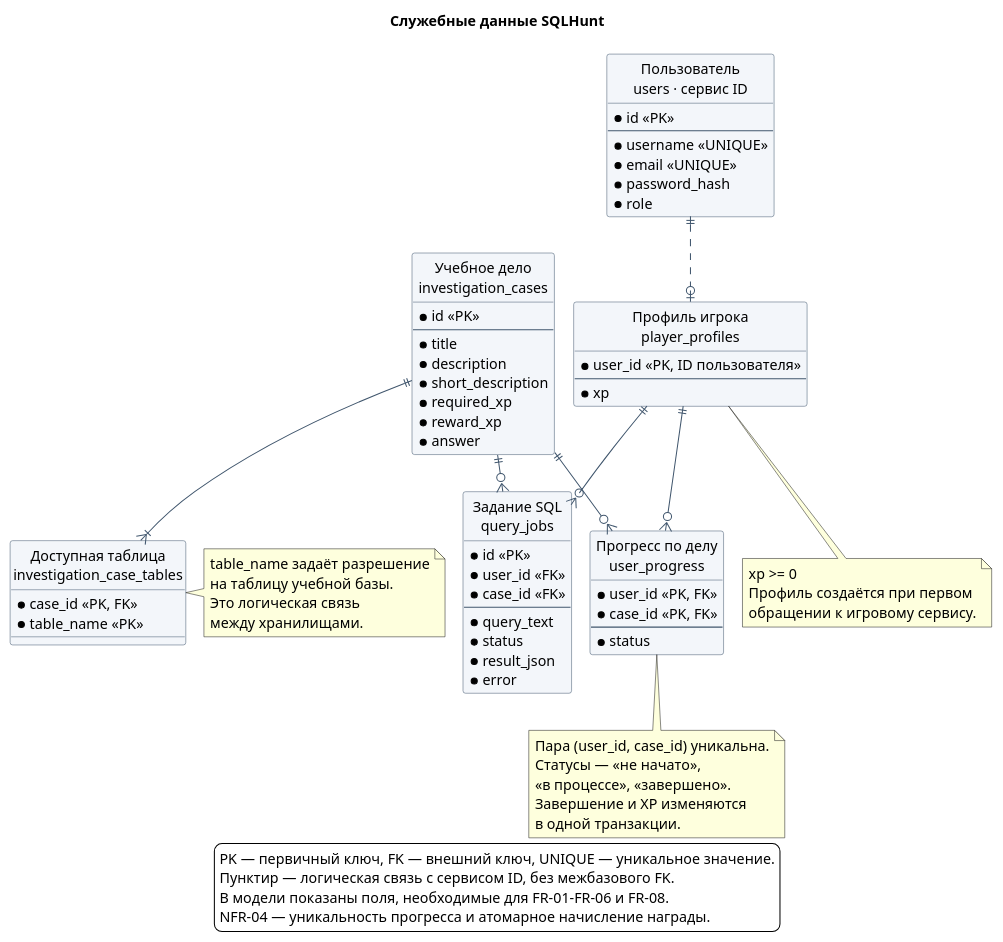
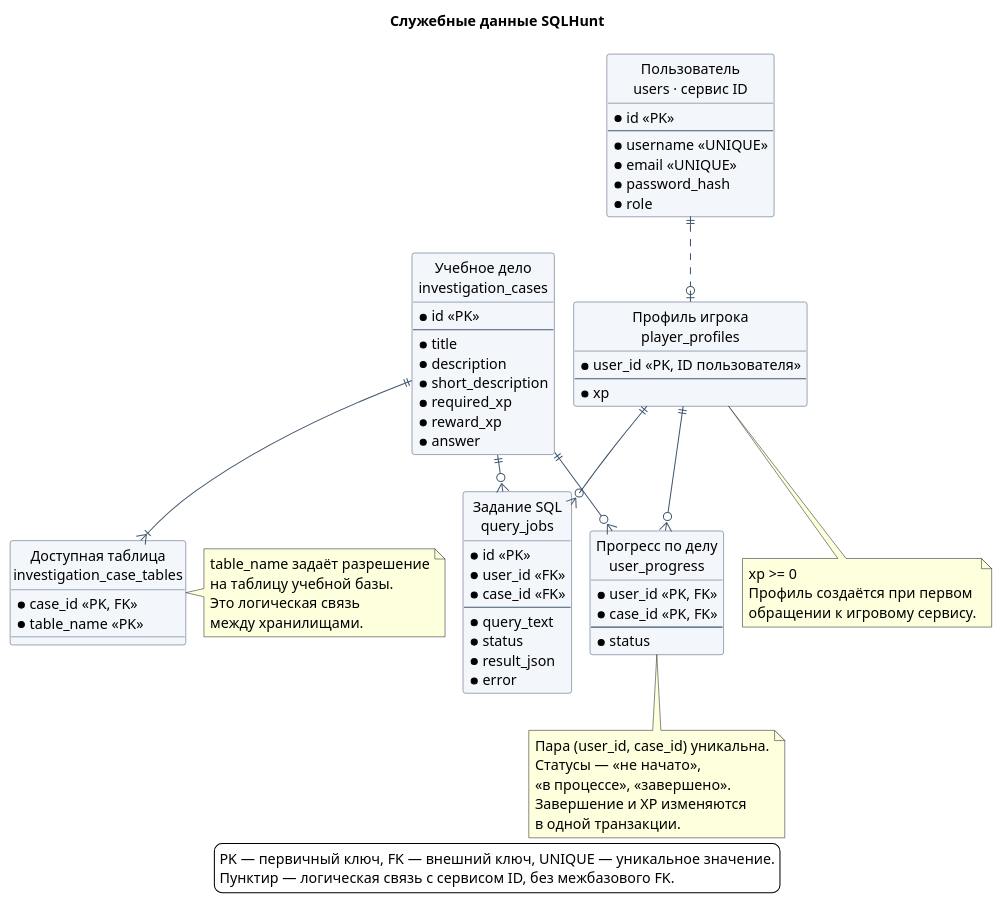
Before and after one commit to cicada-pops/vkr: the diagram in assets/platform-data.puml, drawn with PlantUML. The commit also changed 16 other files, not shown here.

```diff
--- a/assets/platform-data.puml
+++ b/assets/platform-data.puml
@@ -1,86 +1,84 @@
 @startuml
 !pragma layout smetana
 skinparam defaultFontName Arial
 skinparam defaultFontSize 14
 skinparam backgroundColor white
 skinparam shadowing false
 skinparam linetype ortho
 skinparam classBackgroundColor #F3F6FA
 skinparam classBorderColor #40566D
 skinparam ArrowColor #40566D
 hide circle
 title Служебные данные SQLHunt
 entity "Пользователь\nusers · сервис ID" as User {
   * id <<PK>>
   --
   * username <<UNIQUE>>
   * email <<UNIQUE>>
   * password_hash
   * role
 }
 entity "Профиль игрока\nplayer_profiles" as Profile {
   * user_id <<PK, ID пользователя>>
   --
   * xp
 }
 entity "Прогресс по делу\nuser_progress" as Progress {
   * user_id <<PK, FK>>
   * case_id <<PK, FK>>
   --
   * status
 }
 entity "Учебное дело\ninvestigation_cases" as Case {
   * id <<PK>>
   --
   * title
   * description
   * short_description
   * required_xp
   * reward_xp
   * answer
 }
 entity "Доступная таблица\ninvestigation_case_tables" as Table {
   * case_id <<PK, FK>>
   * table_name <<PK>>
 }
 entity "Задание SQL\nquery_jobs" as Job {
   * id <<PK>>
   * user_id <<FK>>
   * case_id <<FK>>
   --
   * query_text
   * status
   * result_json
   * error
 }
 User ||..o| Profile
 Profile ||--o{ Progress
 Case ||--o{ Progress
 Case ||--|{ Table
 Profile ||--o{ Job
 Case ||--o{ Job
 note bottom of Profile
   xp >= 0
   Профиль создаётся при первом
   обращении к игровому сервису.
 end note
 note bottom of Progress
   Пара (user_id, case_id) уникальна.
   Статусы — «не начато»,
   «в процессе», «завершено».
   Завершение и XP изменяются
   в одной транзакции.
 end note
 note right of Table
   table_name задаёт разрешение
   на таблицу учебной базы.
   Это логическая связь
   между хранилищами.
 end note
 legend bottom
   PK — первичный ключ, FK — внешний ключ, UNIQUE — уникальное значение.
   Пунктир — логическая связь с сервисом ID, без межбазового FK.
-  В модели показаны поля, необходимые для FR-01–FR-06 и FR-08.
-  NFR-04 — уникальность прогресса и атомарное начисление награды.
 endlegend
 @enduml
```
